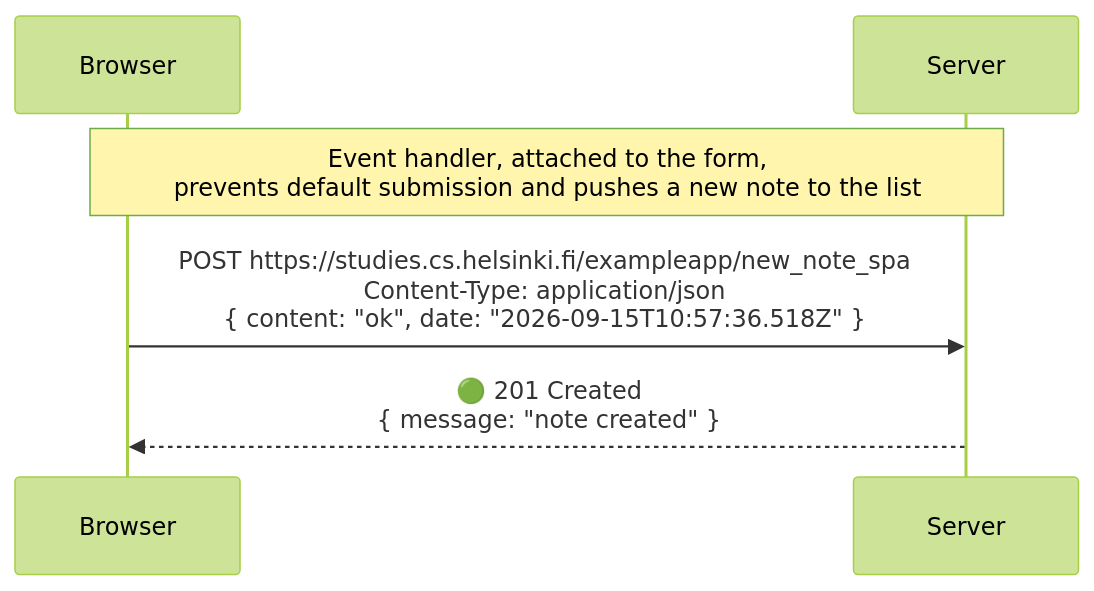
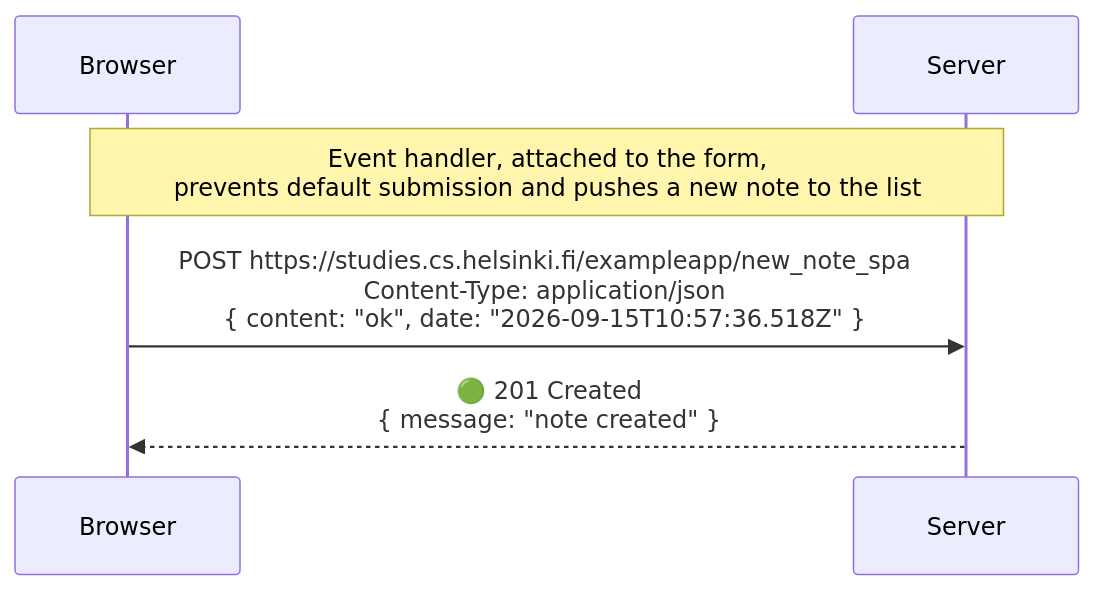
One commit to radiumfox/fullstackopen-submissions-part-0 changed the diagram in exercise-06/new-note-spa.md. Above: the diagram before and after it, drawn with Mermaid. The commit also changed 2 other files, not shown here.

Commit message:
Merge pull request #1 from radiumfox/exercise/change-diagram-background
fix: remove theme of diagrams

````diff
--- a/exercise-06/new-note-spa.md
+++ b/exercise-06/new-note-spa.md
@@ -1,14 +1,10 @@
 ```mermaid
----
-config:
-    theme: forest
----
 sequenceDiagram
     participant Browser
     participant Server
 
     Note over Browser,Server: Event handler, attached to the form,<br/> prevents default submission and pushes a new note to the list
     Browser->>Server: POST https://studies.cs.helsinki.fi/exampleapp/new_note_spa <br/> Content-Type: application/json <br/> { content: "ok", date: "2026-09-15T10:57:36.518Z" }
 
     Server-->>Browser: 🟢 201 Created <br/> { message: "note created" }
 ```
````
